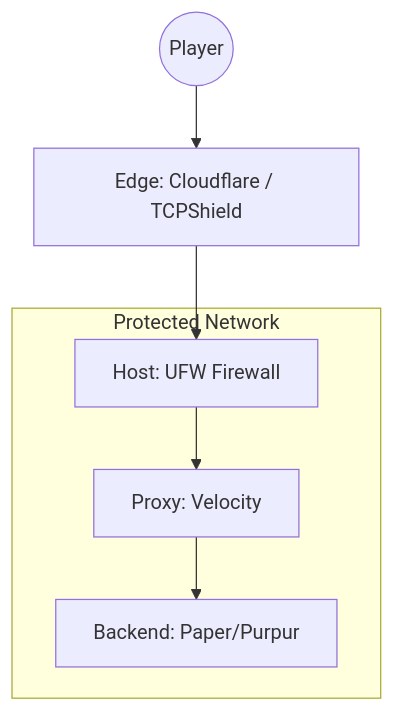
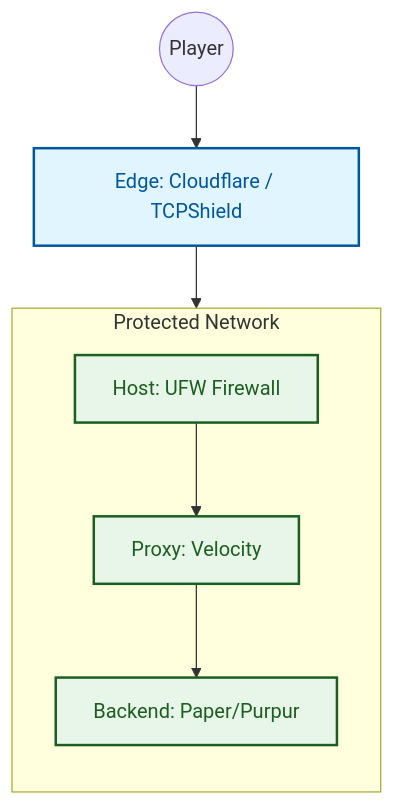
Before and after one commit to Earth1283/OpenWiki: the diagram in docs/source/security.rst, drawn with Mermaid. The commit also changed 3 other files, not shown here.

```diff
--- a/docs/source/security.rst
+++ b/docs/source/security.rst
@@ -76,13 +76,19 @@
 .. mermaid::
 
    graph TD
        Player((Player)) --> Edge[Edge: Cloudflare / TCPShield]
        Edge --> FW[Host: UFW Firewall]
        FW --> Proxy[Proxy: Velocity]
        Proxy --> Backend[Backend: Paper/Purpur]
        
        subgraph Protected Network
+           direction TB
            FW
            Proxy
            Backend
        end
+       
+       style Edge fill:#e1f5fe,stroke:#01579b,stroke-width:2px,color:#01579b
+       style FW fill:#e8f5e9,stroke:#1b5e20,stroke-width:2px,color:#1b5e20
+       style Proxy fill:#e8f5e9,stroke:#1b5e20,stroke-width:2px,color:#1b5e20
+       style Backend fill:#e8f5e9,stroke:#1b5e20,stroke-width:2px,color:#1b5e20
```
